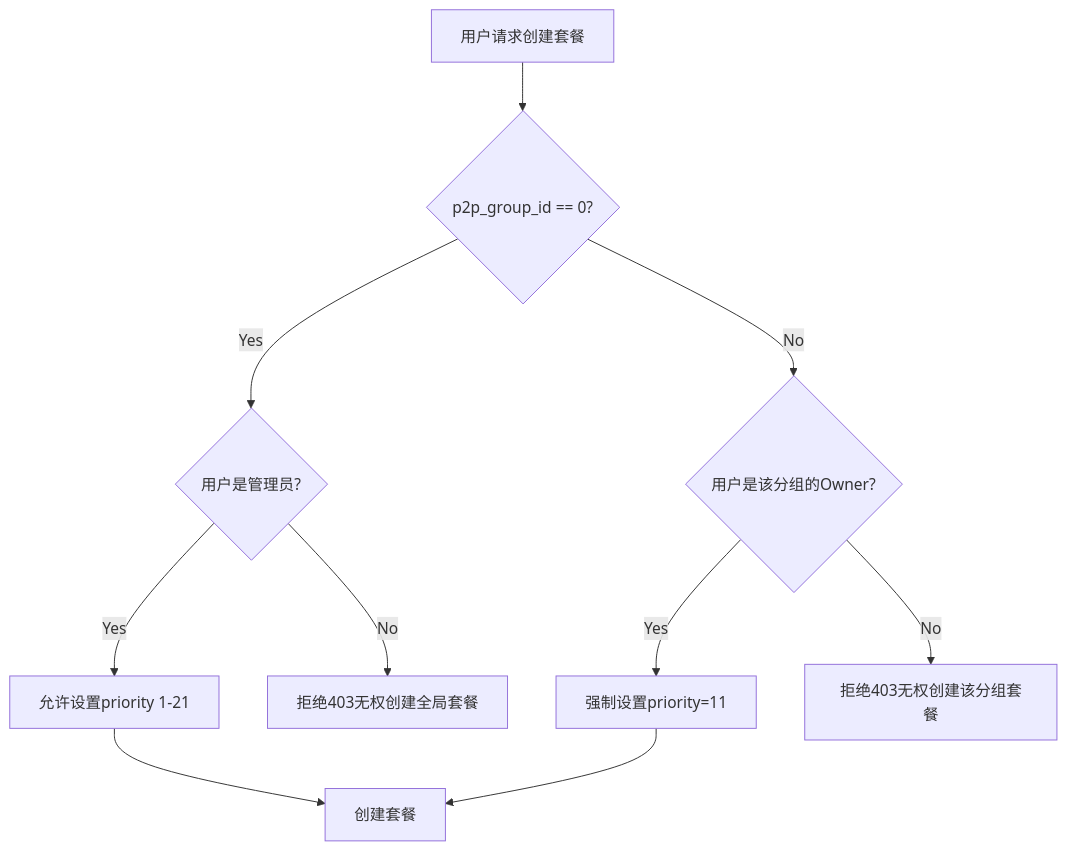
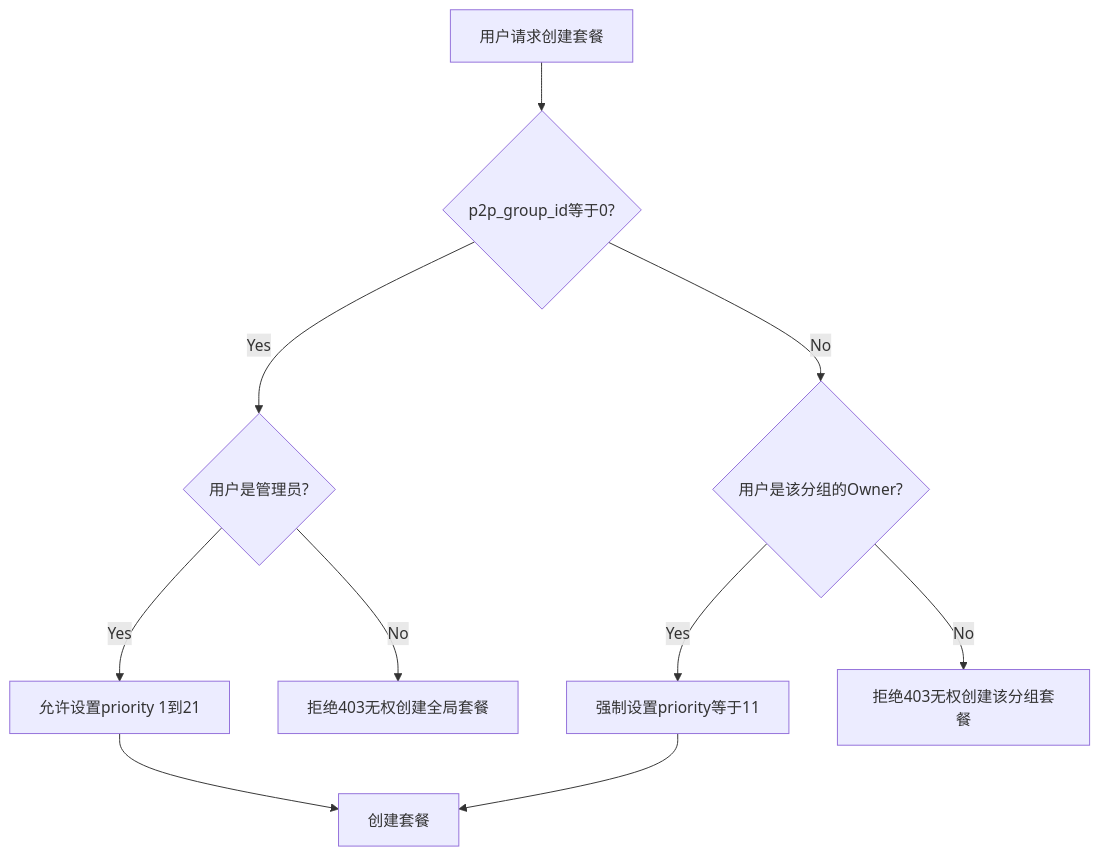
Before and after one commit to WoolenWang/new-api: the fifth of 7 diagrams in docs/NewAPI-支持多种包月套餐-优化版.md, drawn with Mermaid. The commit also changed other lines of this file, not shown here.

````diff
--- a/docs/NewAPI-支持多种包月套餐-优化版.md
+++ b/docs/NewAPI-支持多种包月套餐-优化版.md
@@ -875,15 +1087,15 @@
 ```mermaid
 flowchart TD
-    Start["用户请求创建套餐"] --> CheckGlobal{"p2p_group_id == 0?"}
+    Start["用户请求创建套餐"] --> CheckGlobal{"p2p_group_id等于0?"}
 
     CheckGlobal -- Yes --> CheckAdmin{"用户是管理员?"}
-    CheckAdmin -- Yes --> AllowPriority["允许设置priority 1-21"]
+    CheckAdmin -- Yes --> AllowPriority["允许设置priority 1到21"]
     CheckAdmin -- No --> DenyGlobal["拒绝403无权创建全局套餐"]
 
     CheckGlobal -- No --> CheckOwner{"用户是该分组的Owner?"}
-    CheckOwner -- Yes --> ForcePriority11["强制设置priority=11"]
+    CheckOwner -- Yes --> ForcePriority11["强制设置priority等于11"]
     CheckOwner -- No --> DenyP2P["拒绝403无权创建该分组套餐"]
 
     AllowPriority --> CreatePackage["创建套餐"]
     ForcePriority11 --> CreatePackage
 ```
````
